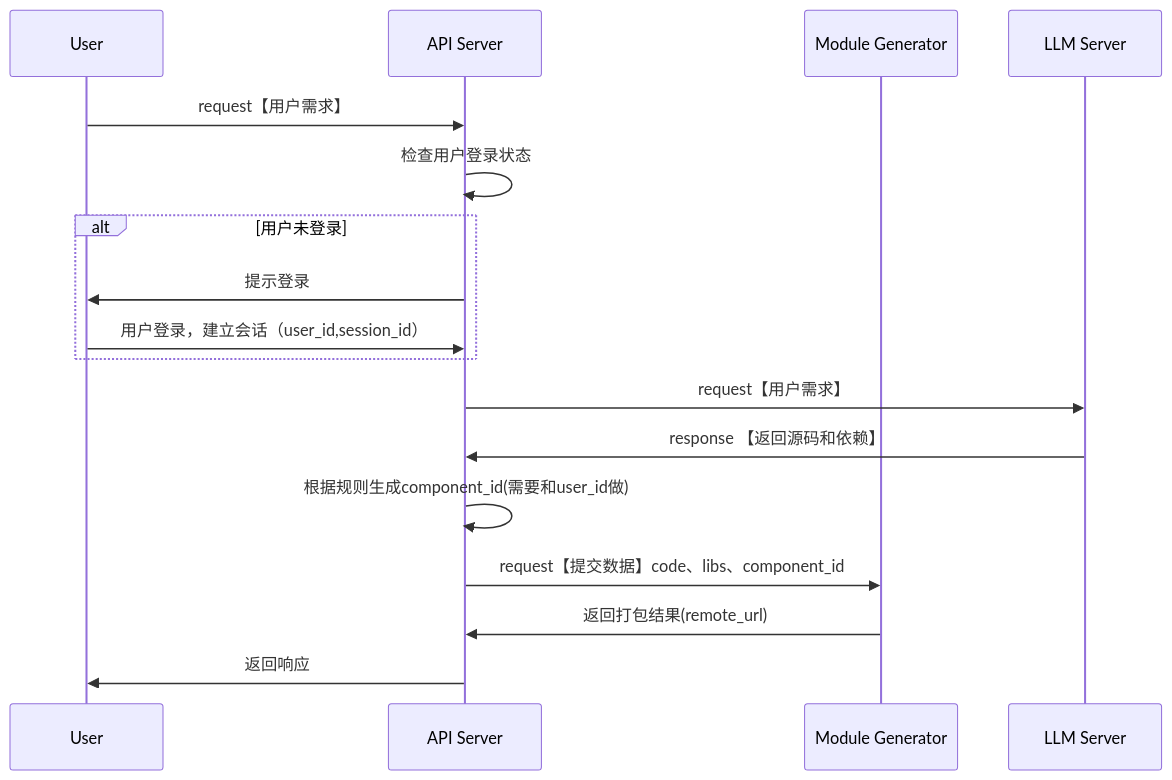
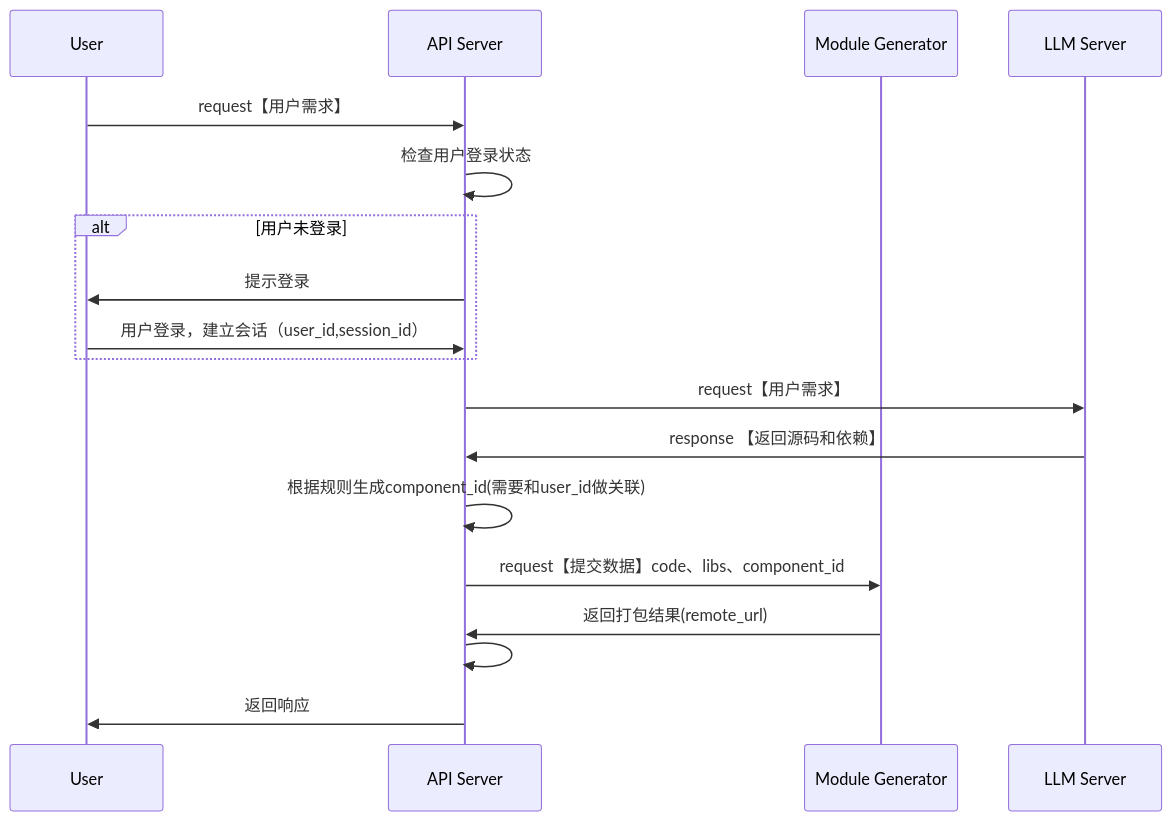
One commit to yingjianzh/iodraw-files changed the diagram in all/未命名-7.md. Above: the diagram before and after it, drawn with Mermaid.

Commit message:
2024-10-08 16:03:22 update

````diff
--- a/all/未命名-7.md
+++ b/all/未命名-7.md
@@ -1,23 +1,23 @@
 ```mermaid
 sequenceDiagram
     participant User
     participant API Server
     participant Module Generator
     participant LLM Server
 
     User->>API Server: request【用户需求】
     API Server->>API Server: 检查用户登录状态
     alt 用户未登录
         API Server->>User: 提示登录
         User->>API Server: 用户登录，建立会话（user_id,session_id）
     end
 
     API Server->>LLM Server: request【用户需求】
     LLM Server->>API Server: response 【返回源码和依赖】
-    API Server->>API Server: 根据规则生成component_id(需要和user_id做)
+    API Server->>API Server: 根据规则生成component_id(需要和user_id做关联)
     API Server->>Module Generator: request【提交数据】code、libs、component_id
     Module Generator->>API Server: 返回打包结果(remote_url)
-
+API Server->>API Server:
     API Server->>User: 返回响应
 
 ```
````
